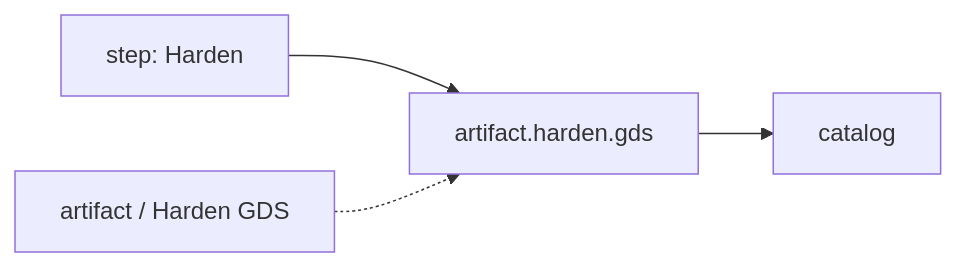
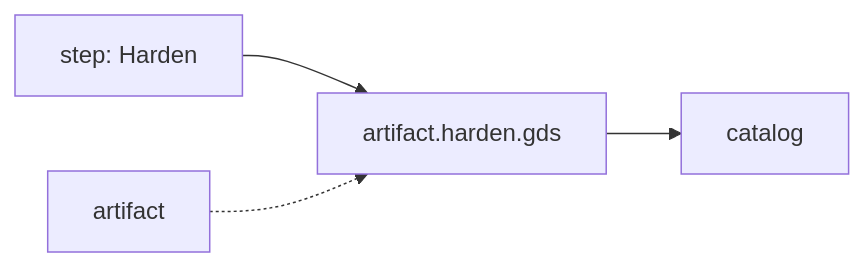
Before and after one commit to openecos-projects/ecc: diagram 18 of 45 in .github/signoff-board/signoff-kanban.md, drawn with Mermaid. The commit also changed other lines of this file and 4 other files, not shown here.

````diff
--- a/.github/signoff-board/signoff-kanban.md
+++ b/.github/signoff-board/signoff-kanban.md
@@ -285,6 +441,6 @@
 ```mermaid
 flowchart LR
   step_artifact_harden_gds["step: Harden"] --> metric_artifact_harden_gds["artifact.harden.gds"]
   metric_artifact_harden_gds --> state_artifact_harden_gds["catalog"]
-  catalog_artifact_harden_gds["artifact / Harden GDS"] -.-> metric_artifact_harden_gds
+  cat_artifact_harden_gds["artifact"] -.-> metric_artifact_harden_gds
 ```
````
